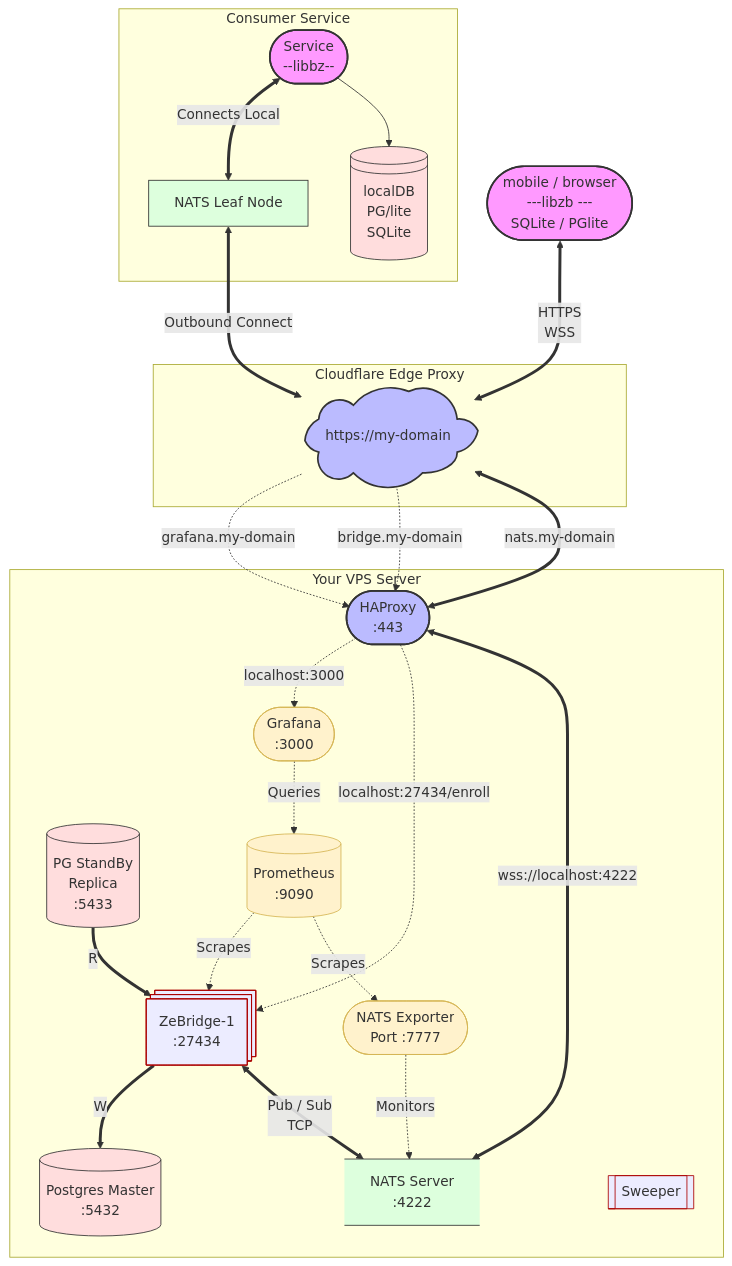
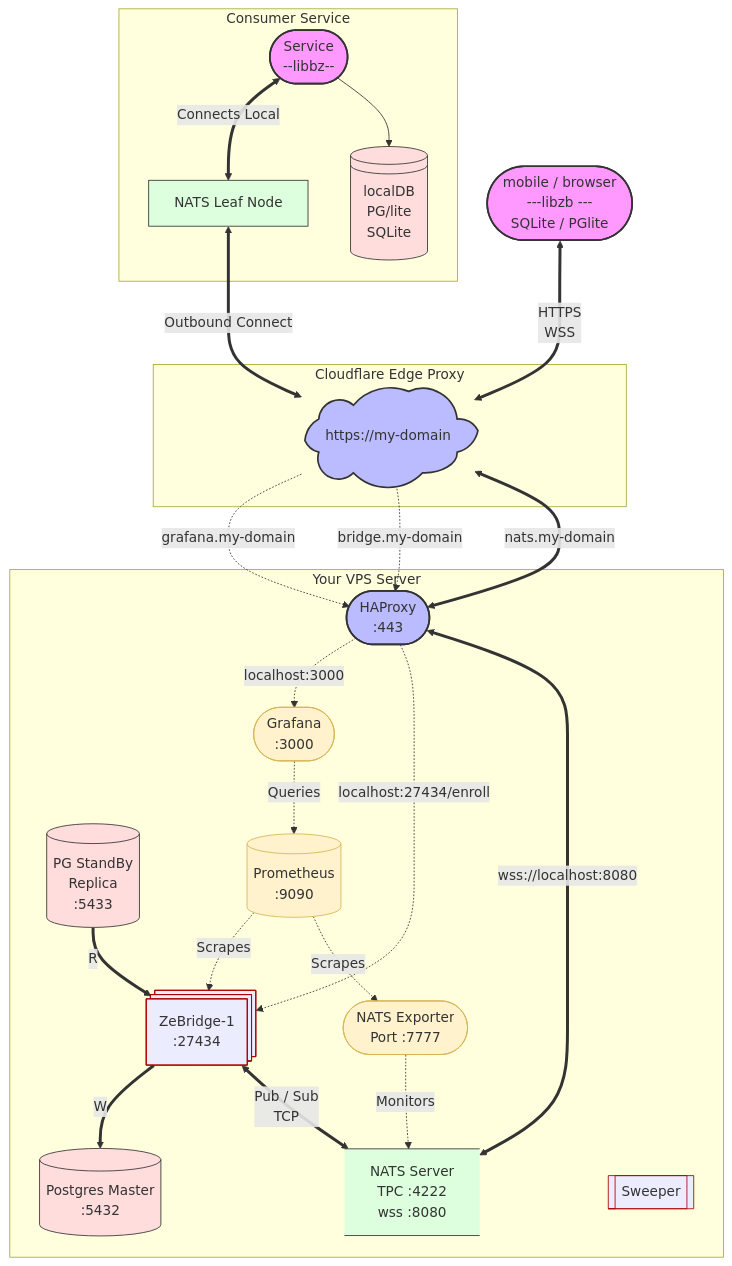
Before and after one commit to ndrean/ZeBridge: the second of 3 diagrams in README.md, drawn with Mermaid. The commit also changed other lines of this file and 2 other files, not shown here.

````diff
--- a/README.md
+++ b/README.md
@@ -117,74 +116,74 @@
 ```mermaid
 graph TD
     %% Styling and Definitions
     classDef external fill:#f9f,stroke:#333,stroke-width:2px;
     classDef proxy fill:#bbf,stroke:#333,stroke-width:2px;
     classDef internal fill:#dfd,stroke:#333,stroke-width:1px;
     classDef secure fill:#fdd,stroke:#333,stroke-width:1px;
     classDef telemetry fill:#fff2cc,stroke:#d6b656,stroke-width:1px;
     classDef bridge fill:##bdf3ff,stroke:#ac0100,stroke-with:2px;
 
     %% External Clients
     User([mobile / browser <br> ---libzb --- <br>SQLite / PGlite]):::external
     LocalDB[(localDB <br>PG/lite<br>SQLite)]:::secure
     LocalDB@{shape: lin-cyl}
     RemoteLeaf[NATS Leaf Node]:::internal
     Consumer([Service <br> --libbz--]):::external
 
     %% Cloudflare Edge
     subgraph Cloudflare_Network  [Cloudflare Edge Proxy]
         CF([https://my-domain]):::proxy
         CF@{ shape: cloud}
     end
 
     %% VPS Boundary
     subgraph VPS [Your VPS Server]
         HA([HAProxy<br>:443]):::proxy
         
         %% Internal Apps
         Bridge[[ZeBridge-1<br> :27434]]:::bridge
         Bridge@{shape: st-rect}
         PG[(Postgres Master <br> :5432)]:::secure
         PGREP[(PG StandBy<br>Replica<br>:5433)]:::secure
-        NATS[NATS Server<br> :4222]:::internal
+        NATS[NATS Server<br> TPC :4222 <br> wss :8080]:::internal
         NATS@{shape: data-store}
         
         %% Telemetry & Monitoring Stack
         Grafana([Grafana <br> :3000]):::telemetry
         Prom[(Prometheus<br> :9090)]:::telemetry
         NatsExp([NATS Exporter<br>Port :7777]):::telemetry
         Sweeper[[Sweeper]]:::bridge
     end
 
     subgraph Consumer Service
       Consumer
       LocalDB
       RemoteLeaf
     end
     %% External Connections to Cloudflare
     User <==>|HTTPS <br> WSS| CF
     RemoteLeaf <==>|Outbound Connect| CF
     Consumer <==>|Connects Local| RemoteLeaf
     Consumer -->LocalDB
 
     %% Cloudflare to HAProxy Subdomain Routing
     CF -.->|grafana.my-domain| HA
     CF -.->|bridge.my-domain| HA
     CF <==>|nats.my-domain| HA
 
     %% HAProxy Internal Layer 7 Routing
     HA -.->|localhost:3000| Grafana
     HA -.->|localhost:27434/enroll| Bridge
-    HA <==>|wss://localhost:4222| NATS
+    HA <==>|wss://localhost:8080| NATS
 
     %% Internal Component Dependencies
     Bridge ==>|W| PG
     PGREP ==>|R|Bridge
     Bridge <==>|Pub / Sub <br> TCP| NATS
     
     %% Telemetry Data Flow
     Prom -.->|Scrapes| Bridge
     Prom -.->|Scrapes| NatsExp
     NatsExp -.->|Monitors| NATS
     Grafana -.->|Queries| Prom
 ```
````
